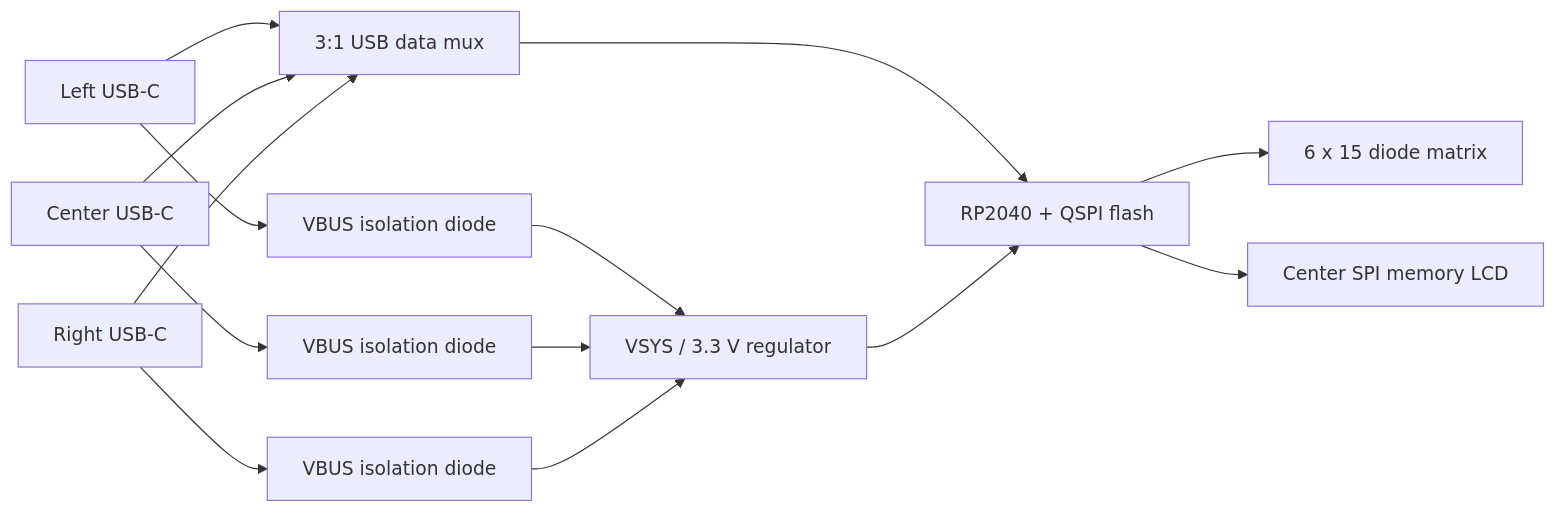
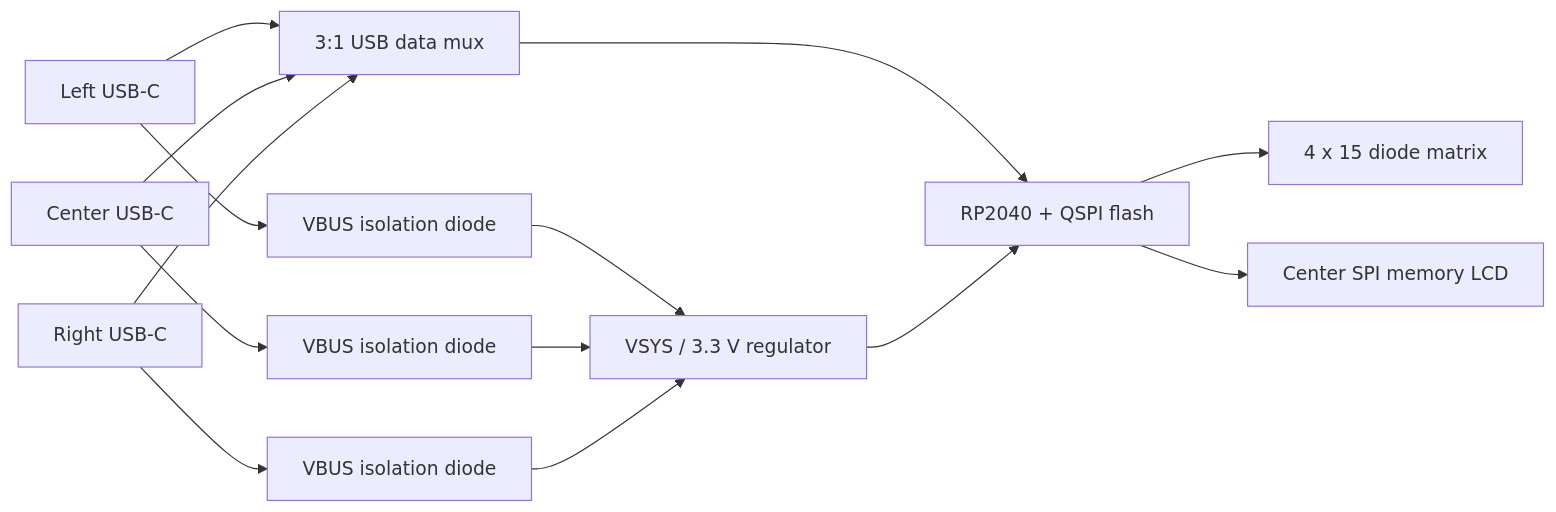
The diagram in docs/electrical.md (w0rxbend/worxboard-ergo), drawn with Mermaid before and after one commit. The commit also changed other lines of this file and 24 other files, not shown here.

````diff
--- a/docs/electrical.md
+++ b/docs/electrical.md
@@ -30,16 +31,16 @@
 ```mermaid
 flowchart LR
   L[Left USB-C] --> M[3:1 USB data mux]
   C[Center USB-C] --> M
   R[Right USB-C] --> M
   M --> RP[RP2040 + QSPI flash]
-  RP --> K[6 x 15 diode matrix]
+  RP --> K[4 x 15 diode matrix]
   RP --> D[Center SPI memory LCD]
   L --> VL[VBUS isolation diode]
   C --> VC[VBUS isolation diode]
   R --> VR[VBUS isolation diode]
   VL --> VS[VSYS / 3.3 V regulator]
   VC --> VS
   VR --> VS
   VS --> RP
 ```
````
